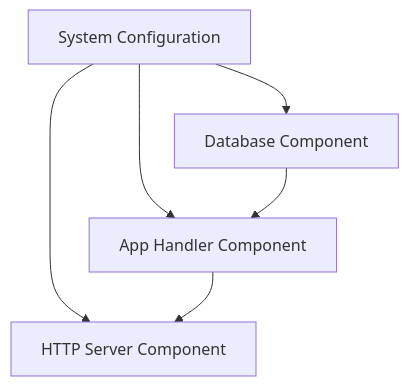
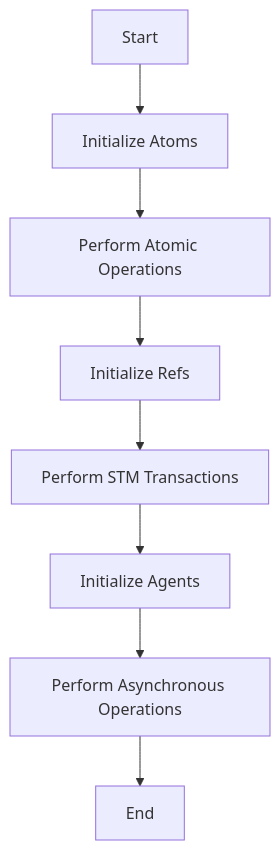
Before and after one commit to MasteryEducation/SoftwarePatternsLexicon.com: the diagram in content/patterns-clojure/9/7/index.md, drawn with Mermaid. The commit also changed other lines of this file and 462 other files, not shown here.

````diff
--- a/content/patterns-clojure/9/7/index.md
+++ b/content/patterns-clojure/9/7/index.md
@@ -255,8 +123,10 @@
 ```mermaid
 graph TD;
-    A[System Configuration] --> B[Database Component];
-    A --> C[App Handler Component];
-    A --> D[HTTP Server Component];
-    B --> C;
-    C --> D;
+    A[Start] --> B[Initialize Atoms]
+    B --> C[Perform Atomic Operations]
+    C --> D[Initialize Refs]
+    D --> E[Perform STM Transactions]
+    E --> F[Initialize Agents]
+    F --> G[Perform Asynchronous Operations]
+    G --> H[End]
 ```
````
